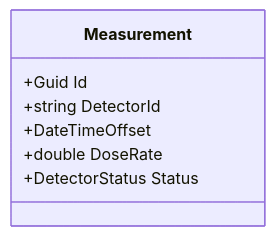
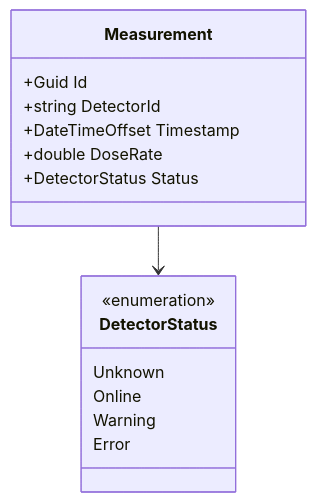
The diagram in RadiationMonitor/docs/domain/measurement.md (ManonDamoiseau/RadiationMonitor), drawn with Mermaid before and after one commit. The commit also changed other lines of this file and 5 other files, not shown here.

````diff
--- a/RadiationMonitor/docs/domain/measurement.md
+++ b/RadiationMonitor/docs/domain/measurement.md
@@ -44,11 +44,22 @@
 ```mermaid
 classDiagram
 
 class Measurement {
-	+Guid Id
-	+string DetectorId
-	+DateTimeOffset
-	+double DoseRate
-	+DetectorStatus Status
+    +Guid Id
+    +string DetectorId
+    +DateTimeOffset Timestamp
+    +double DoseRate
+    +DetectorStatus Status
 }
+
+class DetectorStatus {
+    <<enumeration>>
+    Unknown
+    Online
+    Warning
+    Error
+}
+
+Measurement --> DetectorStatus
+
 ```
````
